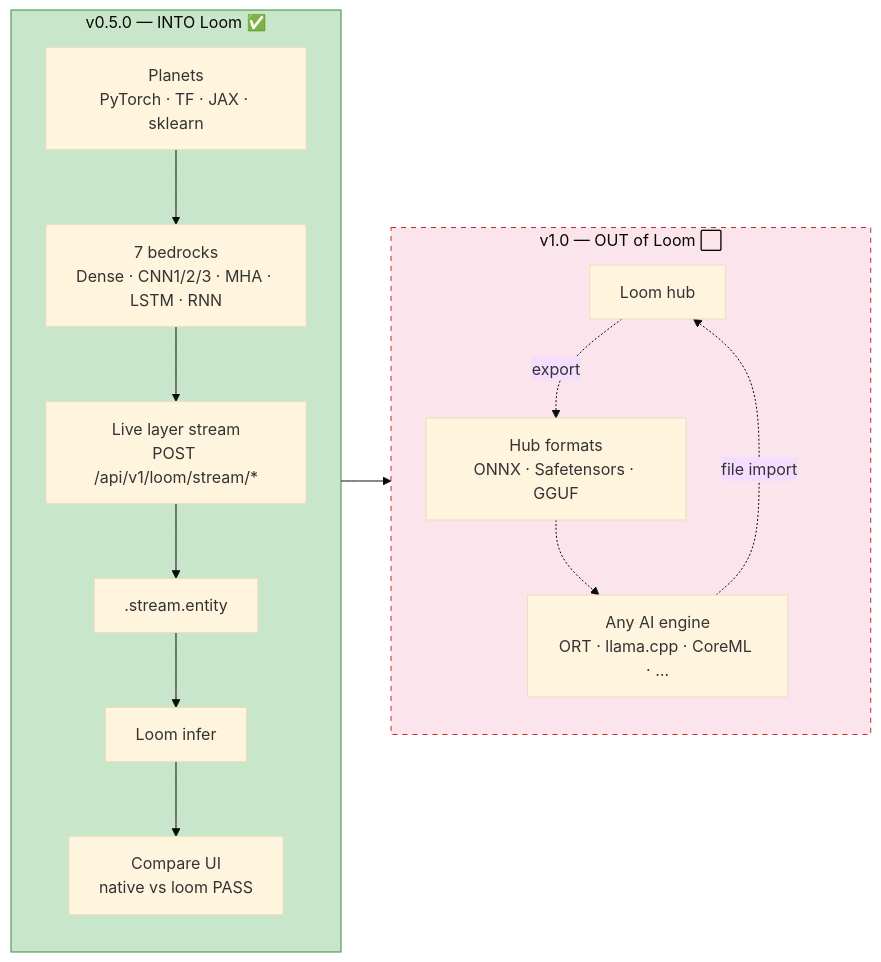
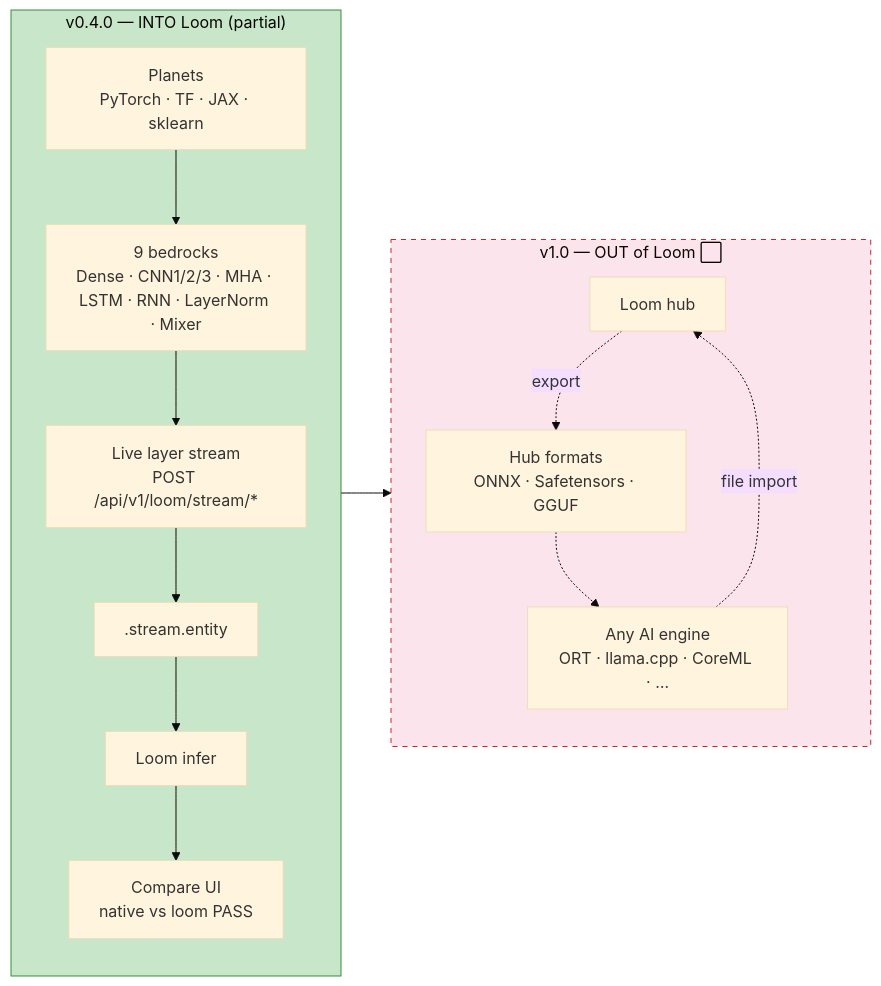
Before and after one commit to openfluke/planetbridging: the first of 2 diagrams in README.md, drawn with Mermaid (base theme). The commit also changed other lines of this file and 3 other files, not shown here.

````diff
--- a/README.md
+++ b/README.md
@@ -58,29 +70,29 @@
 ```mermaid
 flowchart LR
-  subgraph NOW["v0.5.0 — INTO Loom ✅"]
+  subgraph NOW["v0.4.0 — INTO Loom (partial)"]
     direction TB
     P["Planets<br/>PyTorch · TF · JAX · sklearn"]
-    B["7 bedrocks<br/>Dense · CNN1/2/3 · MHA · LSTM · RNN"]
+    B["9 bedrocks<br/>Dense · CNN1/2/3 · MHA · LSTM · RNN · LayerNorm · Mixer"]
     S["Live layer stream<br/>POST /api/v1/loom/stream/*"]
     E[".stream.entity"]
     L["Loom infer"]
     C["Compare UI<br/>native vs loom PASS"]
     P --> B --> S --> E --> L --> C
   end
 
   subgraph LATER["v1.0 — OUT of Loom ⬜"]
     direction TB
     L2["Loom hub"]
     H["Hub formats<br/>ONNX · Safetensors · GGUF"]
     X["Any AI engine<br/>ORT · llama.cpp · CoreML · …"]
     L2 -.->|"export"| H -.-> X
     X -.->|"file import"| L2
   end
 
   L --> L2
 
   classDef done fill:#c8e6c9,stroke:#388e3c
   classDef todo fill:#fce4ec,stroke:#c62828,stroke-dasharray:5 5
   class NOW done
   class LATER todo
 ```
````
